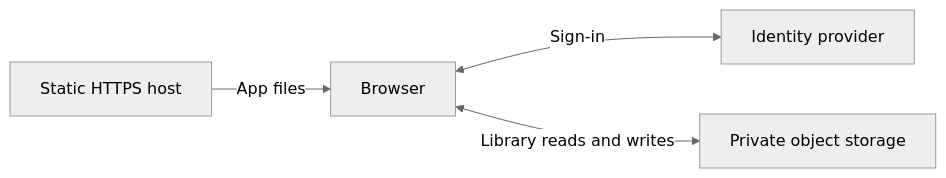
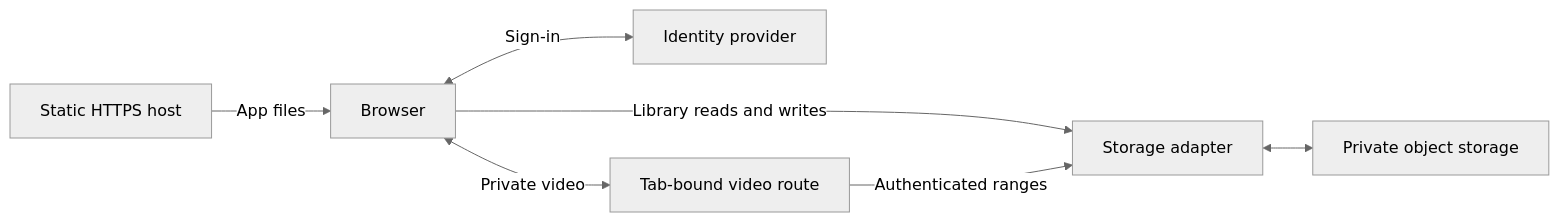
The first of 2 diagrams in README.md (ricardocabral/minnelux), drawn with Mermaid (neutral theme) before and after one commit. The commit also changed other lines of this file and 15 other files, not shown here.

First line of the commit message:
Document Amazon S3 connector architecture and setup

````diff
--- a/README.md
+++ b/README.md
@@ -30,6 +30,9 @@
 ```mermaid
 flowchart LR
     Host["Static HTTPS host"] -->|App files| Browser["Browser"]
     Browser <-->|Sign-in| Identity["Identity provider"]
-    Browser <-->|Library reads and writes| Storage["Private object storage"]
+    Browser -->|Library reads and writes| Adapter["Storage adapter"]
+    Browser <-->|Private video| Relay["Tab-bound video route"]
+    Relay -->|Authenticated ranges| Adapter
+    Adapter <--> Storage["Private object storage"]
 ```
````
